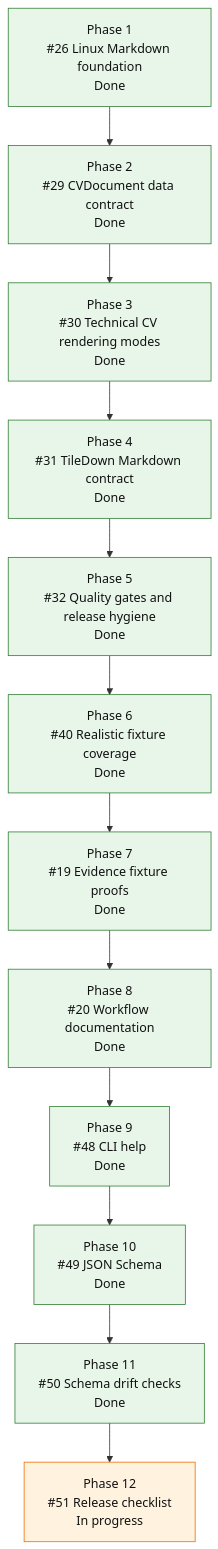
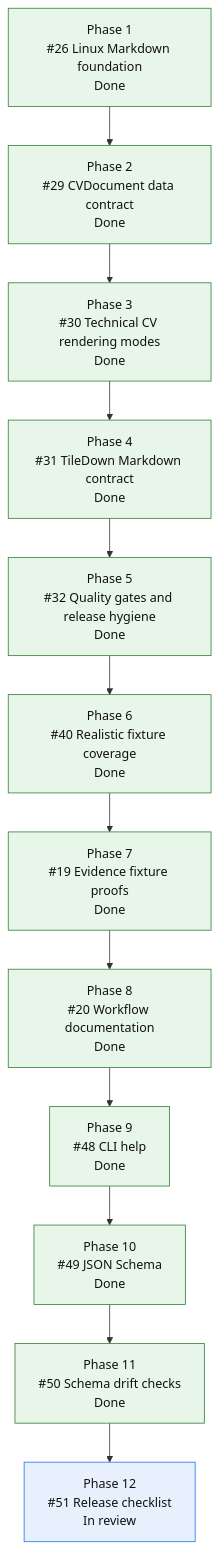
Before and after one commit to mihaelamj/cvbuilder: the diagram in README.md, drawn with Mermaid. The commit also changed 1 other file, not shown here.

Commit message:
docs(roadmap): mark release checklist in review

````diff
--- a/README.md
+++ b/README.md
@@ -165,27 +165,27 @@
 ```mermaid
 flowchart TD
     P1["Phase 1<br/>#26 Linux Markdown foundation<br/>Done"]
     P2["Phase 2<br/>#29 CVDocument data contract<br/>Done"]
     P3["Phase 3<br/>#30 Technical CV rendering modes<br/>Done"]
     P4["Phase 4<br/>#31 TileDown Markdown contract<br/>Done"]
     P5["Phase 5<br/>#32 Quality gates and release hygiene<br/>Done"]
     P6["Phase 6<br/>#40 Realistic fixture coverage<br/>Done"]
     P7["Phase 7<br/>#19 Evidence fixture proofs<br/>Done"]
     P8["Phase 8<br/>#20 Workflow documentation<br/>Done"]
     P9["Phase 9<br/>#48 CLI help<br/>Done"]
     P10["Phase 10<br/>#49 JSON Schema<br/>Done"]
     P11["Phase 11<br/>#50 Schema drift checks<br/>Done"]
-    P12["Phase 12<br/>#51 Release checklist<br/>In progress"]
+    P12["Phase 12<br/>#51 Release checklist<br/>In review"]
 
     P1 --> P2 --> P3 --> P4 --> P5 --> P6 --> P7 --> P8 --> P9 --> P10 --> P11 --> P12
 
     classDef done fill:#e8f5e9,stroke:#2e7d32,color:#111;
     classDef active fill:#fff3e0,stroke:#ef6c00,color:#111;
     classDef review fill:#e8f0fe,stroke:#1a73e8,color:#111;
     classDef next fill:#fff8e1,stroke:#f9a825,color:#111;
     classDef partial fill:#e0f7fa,stroke:#00838f,color:#111;
     classDef todo fill:#eef3ff,stroke:#3367d6,color:#111;
     class P1,P2,P3,P4 done;
     class P5,P6,P7,P8,P9,P10,P11 done;
-    class P12 active;
+    class P12 review;
 ```
````
